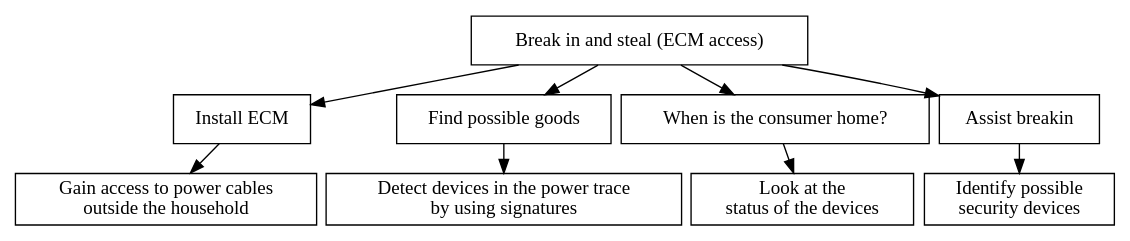
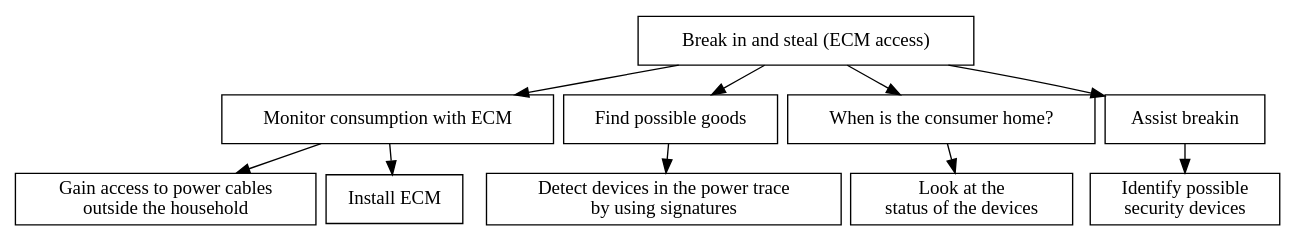
The diagram in figures/graphviz/burglarECM.dot (des904e15/report), drawn with Graphviz before and after one commit. The commit also changed 31 other files, not shown here.

```diff
--- a/figures/graphviz/burglarECM.dot
+++ b/figures/graphviz/burglarECM.dot
@@ -1,30 +1,32 @@
 digraph G {
 
  graph[ center=true, margin=0.2, nodesep=0.1, ranksep=0.3]
  node[ shape=rectangle]
 
 root [label="Break in and steal (ECM access)", shape=AND];
 
-installECM;
+MonitorConsumption;
 goodstuff [label="Find possible goods"];
 atHome [label="When is the consumer home?"];
 breakIn [label="Break in"];
 
-installECM[shape=AND, label="Install ECM"];
-root -> installECM;
+MonitorConsumption[shape=AND, label="Monitor consumption with ECM"];
+root -> MonitorConsumption;
 GainAccessToPowerCables[label="Gain access to power cables \noutside the household"]
-installECM -> GainAccessToPowerCables;
+MonitorConsumption -> GainAccessToPowerCables;
+InstallECM[label="Install ECM"];
+MonitorConsumption -> InstallECM
 
 root -> goodstuff;
 detectSignature[label="Detect devices in the power trace \nby using signatures"];
 goodstuff->detectSignature;
 
 root -> atHome;
 deviceStatus[label="Look at the \nstatus of the devices"];
 atHome -> deviceStatus;
 
 breakIn[label="Assist breakin"]
 root ->	breakIn;
 securityDeviceStatus[label="Identify possible \nsecurity devices"]
 breakIn -> securityDeviceStatus;
 }
```
